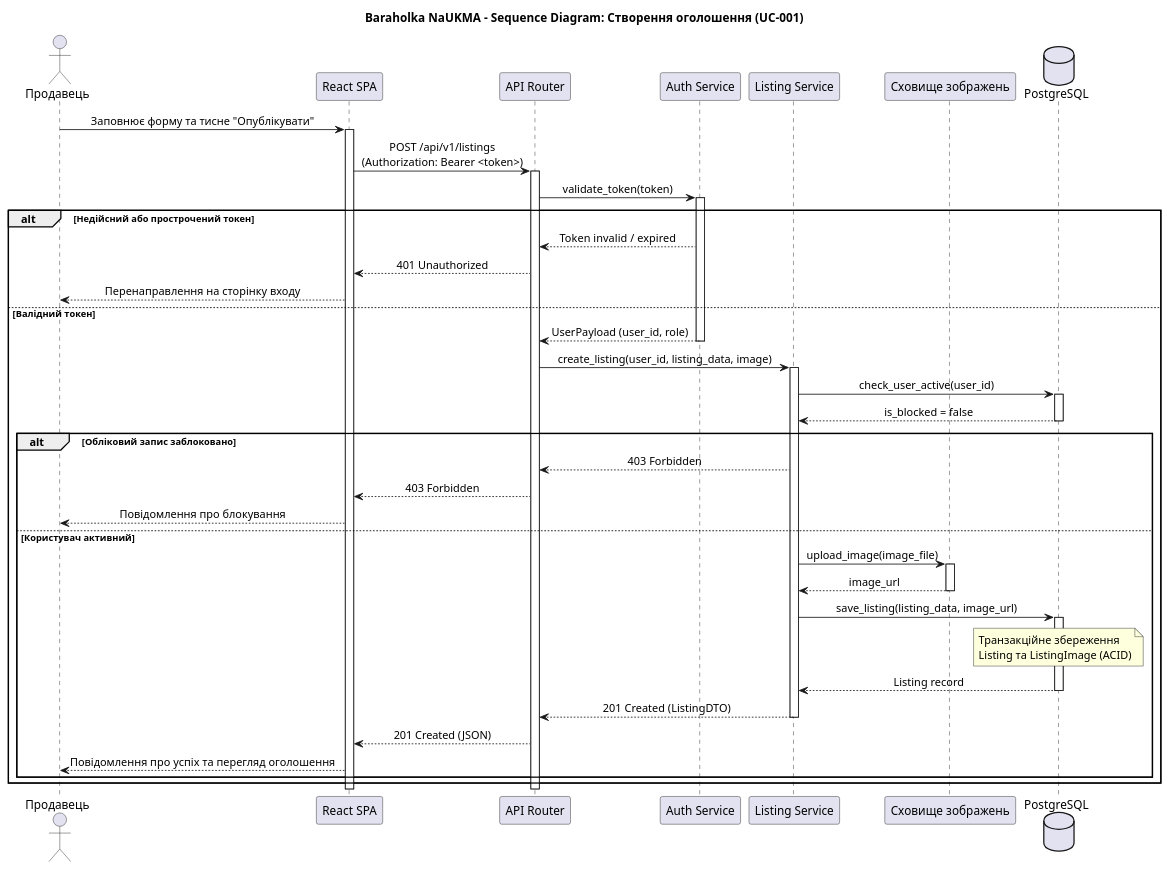
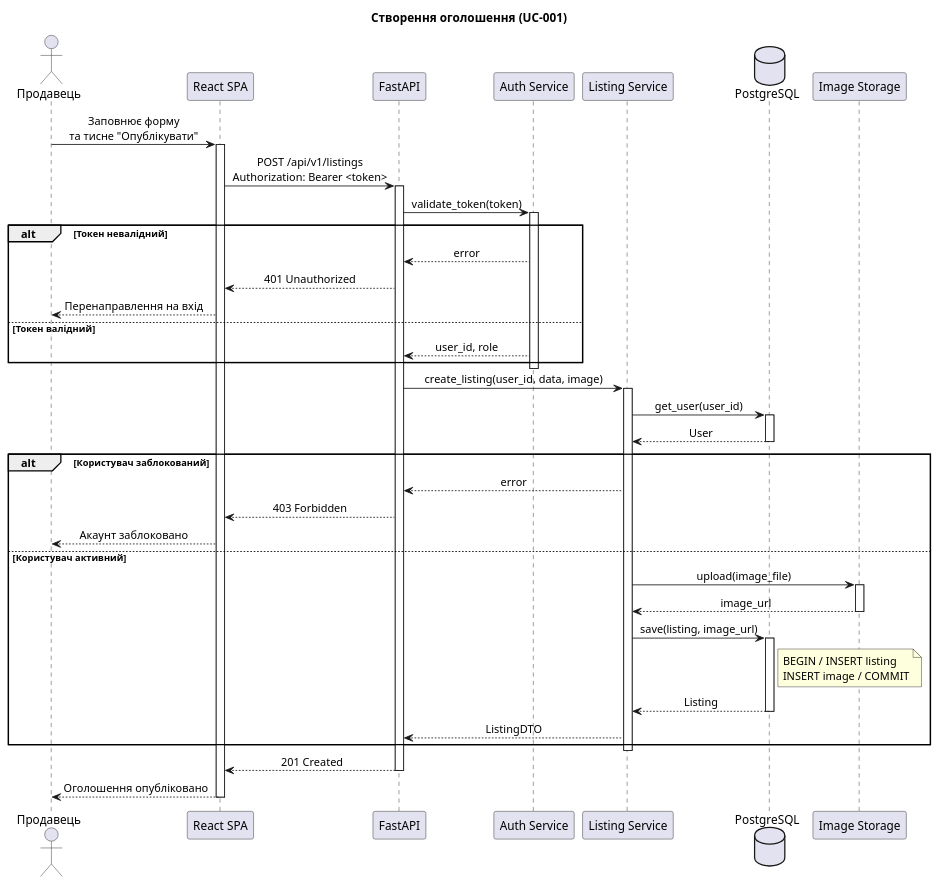
The diagram in docs/architecture/uml/sequence-create-listing.puml (ukma-fin-ssdm-2026/Next-Gen), drawn with PlantUML before and after one commit.

Commit message:
docs: оновлено UML діаграму послідовності для створення оголошення, уточнено назви учасників та структуру повідомлень

```diff
--- a/docs/architecture/uml/sequence-create-listing.puml
+++ b/docs/architecture/uml/sequence-create-listing.puml
@@ -1,68 +1,68 @@
 @startuml
-title Baraholka NaUKMA - Sequence Diagram: Створення оголошення (UC-001)
+title Створення оголошення (UC-001)
 
 skinparam shadowing false
 skinparam sequenceMessageAlign center
 skinparam responseMessageBelowArrow true
 
 actor "Продавець" as User
 participant "React SPA" as SPA
-participant "API Router" as Router
+participant "FastAPI" as API
 participant "Auth Service" as Auth
-participant "Listing Service" as Listing
-participant "Сховище зображень" as Storage
+participant "Listing Service" as LS
 database "PostgreSQL" as DB
+participant "Image Storage" as IMG
 
-User -> SPA: Заповнює форму та тисне "Опублікувати"
+User -> SPA: Заповнює форму\nта тисне "Опублікувати"
 activate SPA
 
-SPA -> Router: POST /api/v1/listings\n(Authorization: Bearer <token>)
-activate Router
+SPA -> API: POST /api/v1/listings\nAuthorization: Bearer <token>
+activate API
 
-Router -> Auth: validate_token(token)
+API -> Auth: validate_token(token)
 activate Auth
 
-alt Недійсний або прострочений токен
-    Auth --> Router: Token invalid / expired
-    Router --> SPA: 401 Unauthorized
-    SPA --> User: Перенаправлення на сторінку входу
-else Валідний токен
-    Auth --> Router: UserPayload (user_id, role)
-    deactivate Auth
+alt Токен невалідний
+    Auth --> API: error
+    API --> SPA: 401 Unauthorized
+    SPA --> User: Перенаправлення на вхід
+else Токен валідний
+    Auth --> API: user_id, role
+end
+deactivate Auth
 
-    Router -> Listing: create_listing(user_id, listing_data, image)
-    activate Listing
+API -> LS: create_listing(user_id, data, image)
+activate LS
 
-    Listing -> DB: check_user_active(user_id)
+LS -> DB: get_user(user_id)
+activate DB
+DB --> LS: User
+deactivate DB
+
+alt Користувач заблокований
+    LS --> API: error
+    API --> SPA: 403 Forbidden
+    SPA --> User: Акаунт заблоковано
+else Користувач активний
+    LS -> IMG: upload(image_file)
+    activate IMG
+    IMG --> LS: image_url
+    deactivate IMG
+
+    LS -> DB: save(listing, image_url)
     activate DB
-    DB --> Listing: is_blocked = false
+    note right of DB: BEGIN / INSERT listing\nINSERT image / COMMIT
+    DB --> LS: Listing
     deactivate DB
 
-    alt Обліковий запис заблоковано
-        Listing --> Router: 403 Forbidden
-        Router --> SPA: 403 Forbidden
-        SPA --> User: Повідомлення про блокування
-    else Користувач активний
-        Listing -> Storage: upload_image(image_file)
-        activate Storage
-        Storage --> Listing: image_url
-        deactivate Storage
+    LS --> API: ListingDTO
+end
+deactivate LS
 
-        Listing -> DB: save_listing(listing_data, image_url)
-        activate DB
-        note over DB: Транзакційне збереження\nListing та ListingImage (ACID)
-        DB --> Listing: Listing record
-        deactivate DB
+API --> SPA: 201 Created
+deactivate API
 
-        Listing --> Router: 201 Created (ListingDTO)
-        deactivate Listing
-
-        Router --> SPA: 201 Created (JSON)
-        SPA --> User: Повідомлення про успіх та перегляд оголошення
-    end
-end
-
-deactivate Router
+SPA --> User: Оголошення опубліковано
 deactivate SPA
 
 @enduml
```
